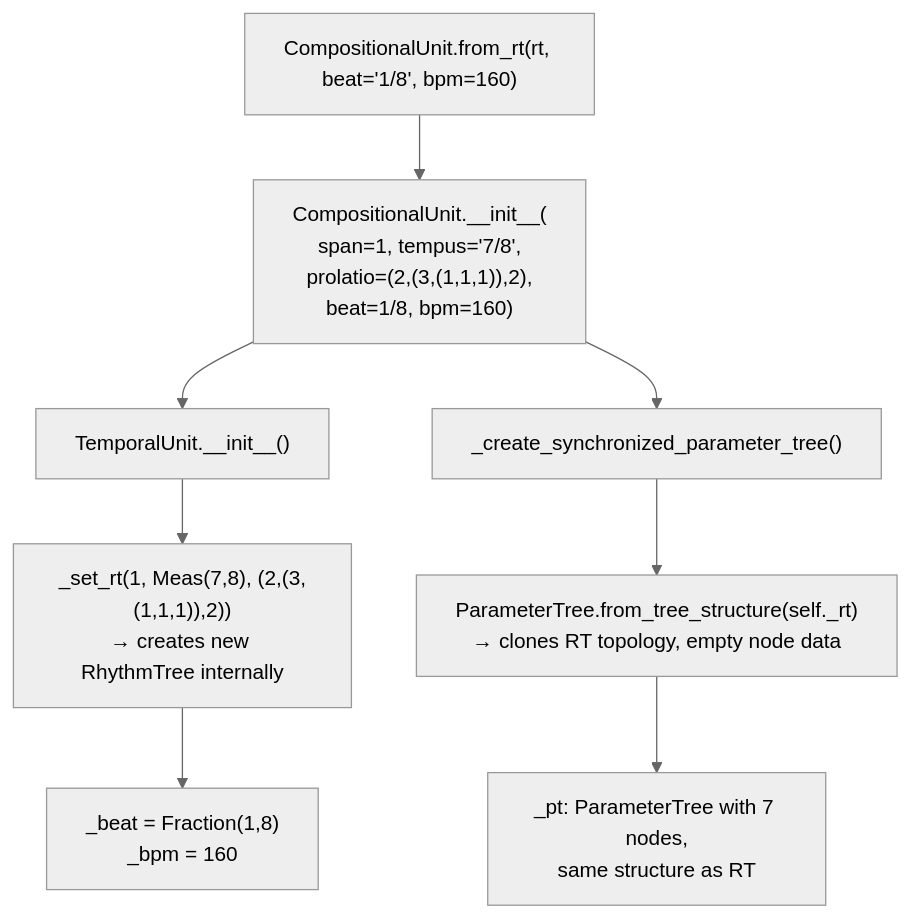
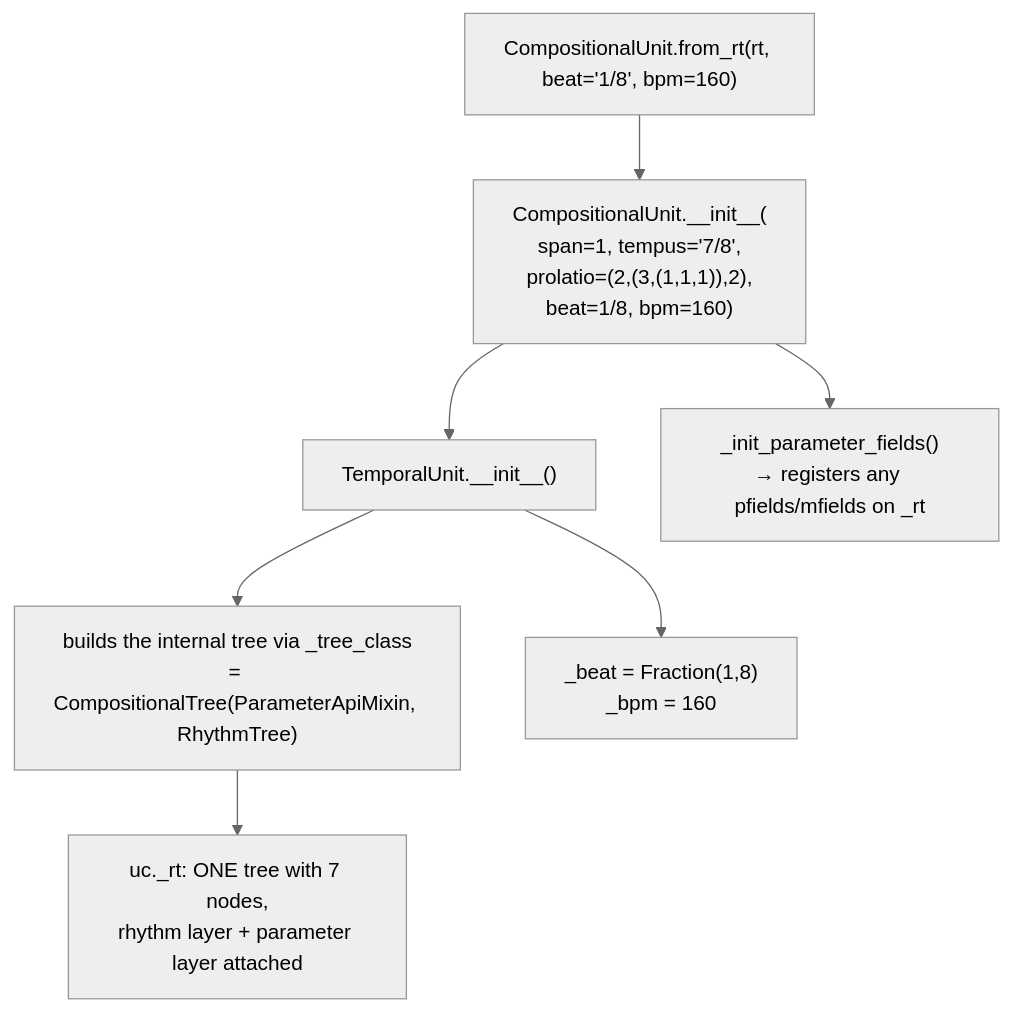
One commit to kr4g/Klotho changed the second of 8 diagrams in docs/architecture/10_WALKTHROUGH.md. Above: the diagram before and after it, drawn with Mermaid (neutral theme). The commit also changed other lines of this file and 13 other files, not shown here.

First line of the commit message:
Overhaul architecture docs for Klotho 10.x API

````diff
--- a/docs/architecture/10_WALKTHROUGH.md
+++ b/docs/architecture/10_WALKTHROUGH.md
@@ -110,11 +114,10 @@
 ```mermaid
 flowchart TD
     A["CompositionalUnit.from_rt(rt, beat='1/8', bpm=160)"]
     A --> B["CompositionalUnit.__init__(<br/>span=1, tempus='7/8',<br/>prolatio=(2,(3,(1,1,1)),2),<br/>beat=1/8, bpm=160)"]
     B --> C["TemporalUnit.__init__()"]
-    C --> D["_set_rt(1, Meas(7,8), (2,(3,(1,1,1)),2))<br/>→ creates new RhythmTree internally"]
-    D --> E["_beat = Fraction(1,8)<br/>_bpm = 160"]
-    B --> F["_create_synchronized_parameter_tree()"]
-    F --> G["ParameterTree.from_tree_structure(self._rt)<br/>→ clones RT topology, empty node data"]
-    G --> H["_pt: ParameterTree with 7 nodes,<br/>same structure as RT"]
+    C --> D["builds the internal tree via _tree_class<br/>= CompositionalTree(ParameterApiMixin, RhythmTree)"]
+    D --> E["uc._rt: ONE tree with 7 nodes,<br/>rhythm layer + parameter layer attached"]
+    C --> F["_beat = Fraction(1,8)<br/>_bpm = 160"]
+    B --> G["_init_parameter_fields()<br/>→ registers any pfields/mfields on _rt"]
 ```
````
